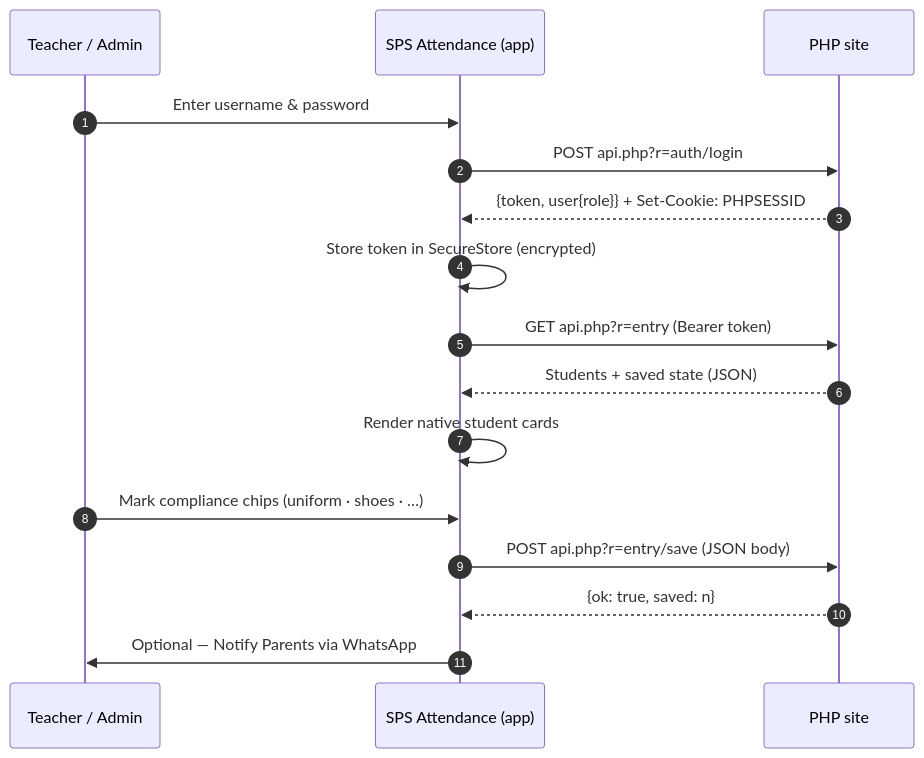
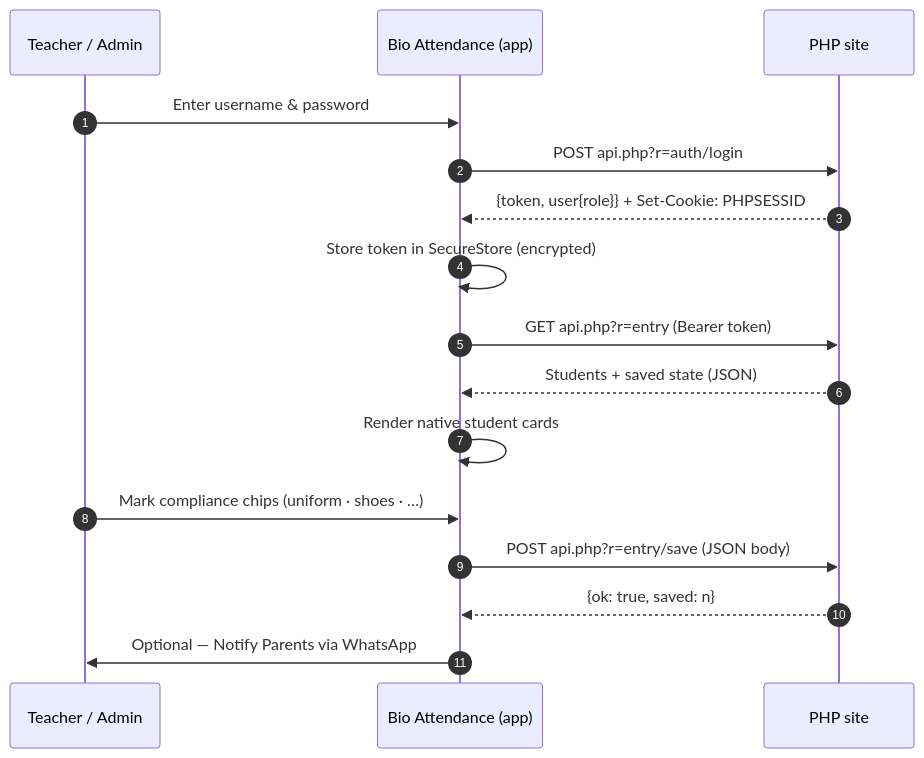
Before and after one commit to vagu3s0ul/Bio-Attendance: the second of 2 diagrams in README.md, drawn with Mermaid. The commit also changed other lines of this file and 14 other files, not shown here.

First line of the commit message:
Rebrand app to Bio Attendance

````diff
--- a/README.md
+++ b/README.md
@@ -148,18 +148,18 @@
 ```mermaid
 sequenceDiagram
     autonumber
     participant U as Teacher / Admin
-    participant A as SPS Attendance (app)
+    participant A as Bio Attendance (app)
     participant S as PHP site
     U->>A: Enter username & password
     A->>S: POST api.php?r=auth/login
     S-->>A: {token, user{role}} + Set-Cookie: PHPSESSID
     A->>A: Store token in SecureStore (encrypted)
     A->>S: GET api.php?r=entry (Bearer token)
     S-->>A: Students + saved state (JSON)
     A->>A: Render native student cards
     U->>A: Mark compliance chips (uniform · shoes · …)
     A->>S: POST api.php?r=entry/save (JSON body)
     S-->>A: {ok: true, saved: n}
     A->>U: Optional — Notify Parents via WhatsApp
 ```
````
